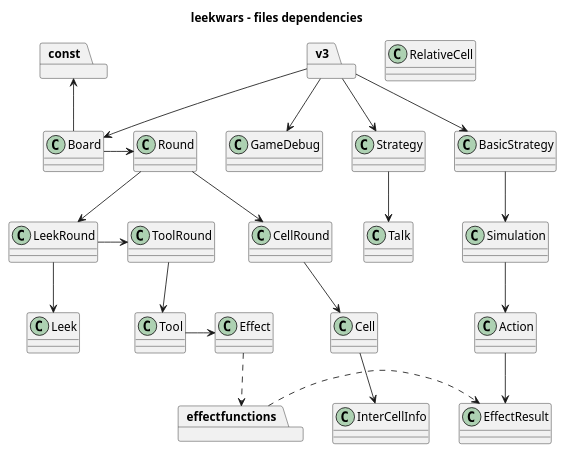
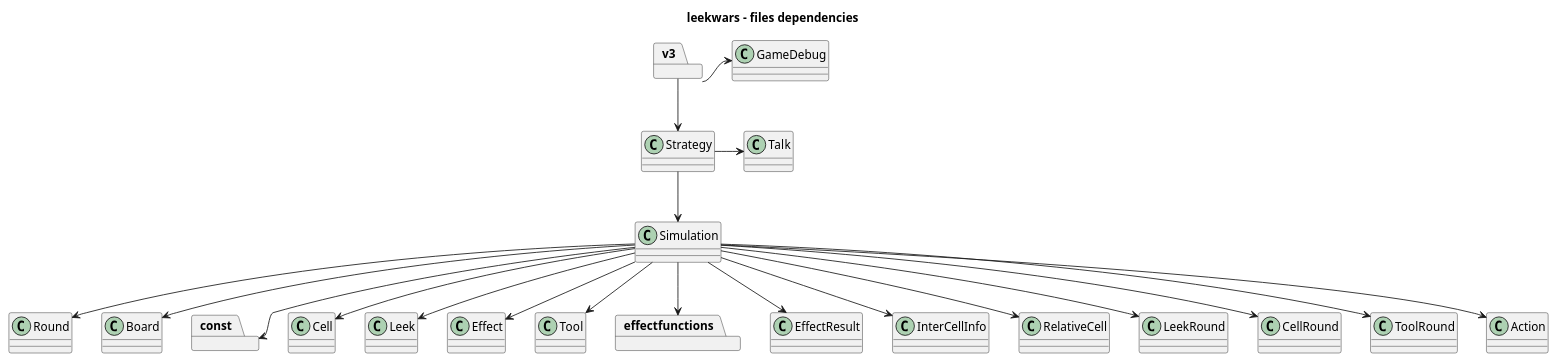
Before and after one commit to fauconv/leekwars: the diagram in doc/files_dependencies_solved.puml, drawn with PlantUML. The commit also changed 14 other files, not shown here.

```diff
--- a/doc/files_dependencies_solved.puml
+++ b/doc/files_dependencies_solved.puml
@@ -1,50 +1,48 @@
 @startuml
 
 title leekwars - files dependencies
 
 allowmixing
 
 class Round
 class Board
 package const
 class Cell 
 class Leek
 class Effect
 class Tool
 package effectfunctions
 class EffectResult
 class InterCellInfo
 class RelativeCell
 class Strategy
-class BasicStrategy
 package v3
 class GameDebug
 class LeekRound
 class CellRound
 class ToolRound
 class Simulation
 class Action
 class Talk
 
-Board -> Round
-Board -up-> const
-Round --> CellRound
-Round --> LeekRound
-Cell --> InterCellInfo
-Tool -> Effect
-Effect .> effectfunctions
-v3 --> GameDebug
-v3 --> Board
-v3 --> BasicStrategy
+v3 -> GameDebug
 v3 --> Strategy
-Strategy --> Talk
-CellRound --> Cell
-LeekRound --> Leek
-LeekRound -> ToolRound
-ToolRound --> Tool
+Strategy --> Simulation
+Strategy -> Talk
 Simulation --> Action
-BasicStrategy --> Simulation
-Action --> EffectResult
-effectfunctions .> EffectResult
+Simulation --> Board
+Simulation --> effectfunctions
+Simulation --> EffectResult
+Simulation --> Round 
+Simulation --> const
+Simulation --> CellRound
+Simulation --> LeekRound
+Simulation --> Cell
+Simulation --> InterCellInfo
+Simulation --> ToolRound
+Simulation --> Tool
+Simulation --> Leek
+Simulation --> Effect
+Simulation --> RelativeCell
 
 @enduml
```
